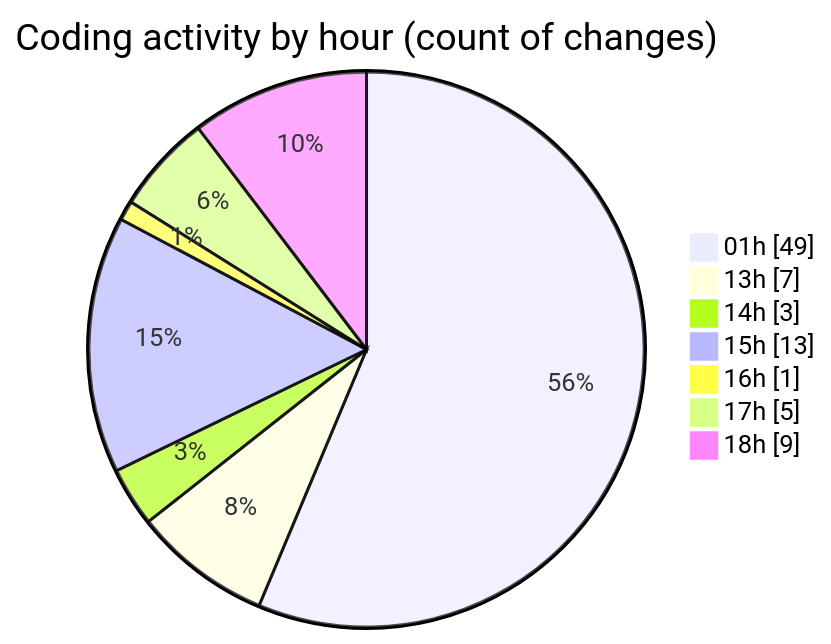
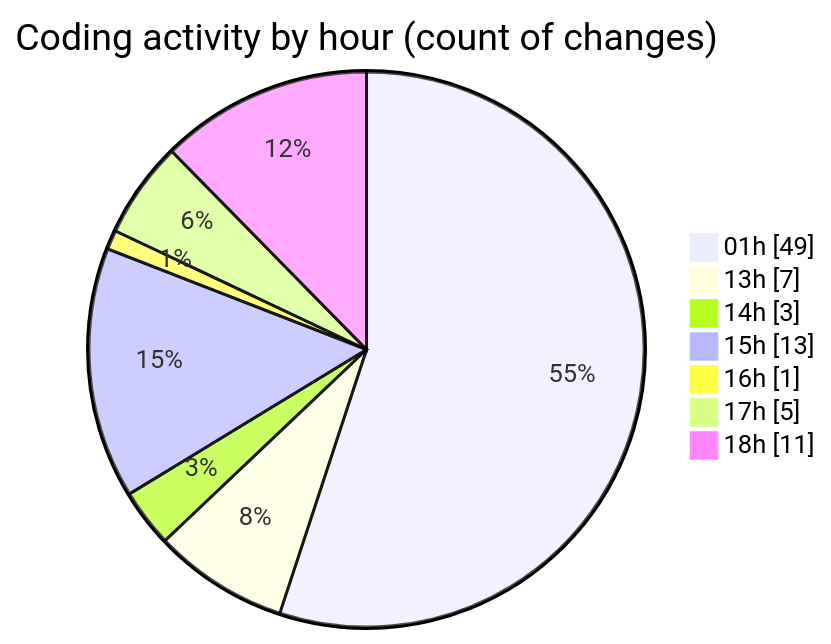
The second of 2 diagrams in 2025-09-02/quanlylink/README.md (lephambinh05/code-tracking), drawn with Mermaid before and after one commit. The commit also changed other lines of this file and 1 other file, not shown here.

````diff
--- a/2025-09-02/quanlylink/README.md
+++ b/2025-09-02/quanlylink/README.md
@@ -62,11 +62,11 @@
 ```mermaid
 pie showData
 title Coding activity by hour (count of changes)
 "01h" : 49
 "13h" : 7
 "14h" : 3
 "15h" : 13
 "16h" : 1
 "17h" : 5
-"18h" : 9
+"18h" : 11
 ```
````
